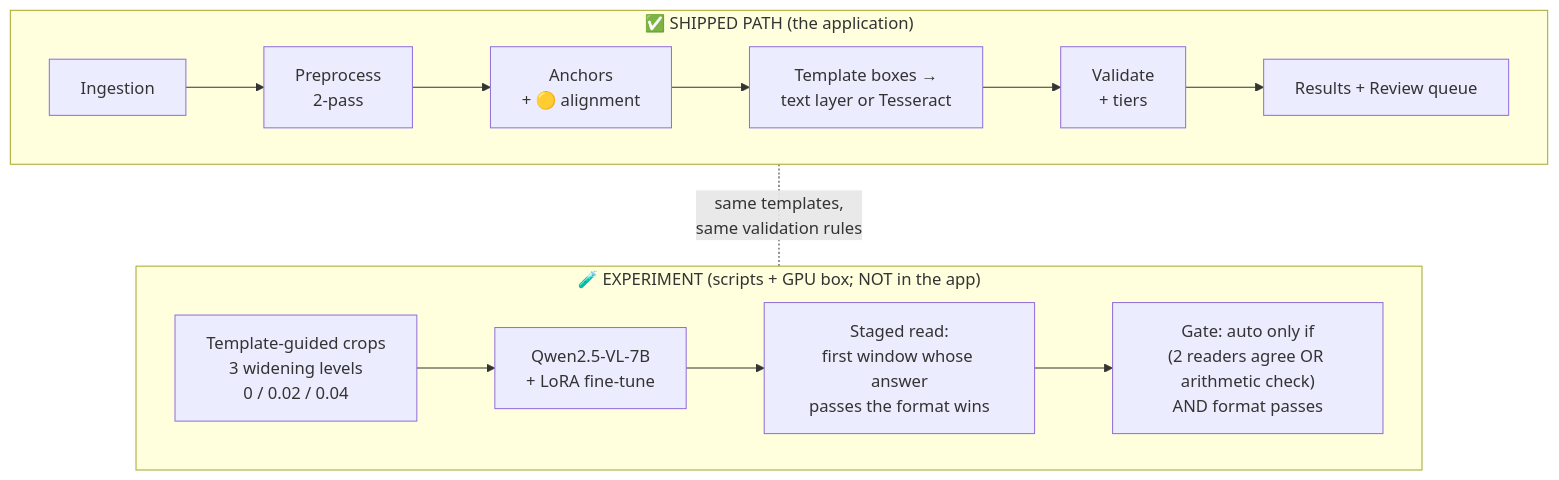
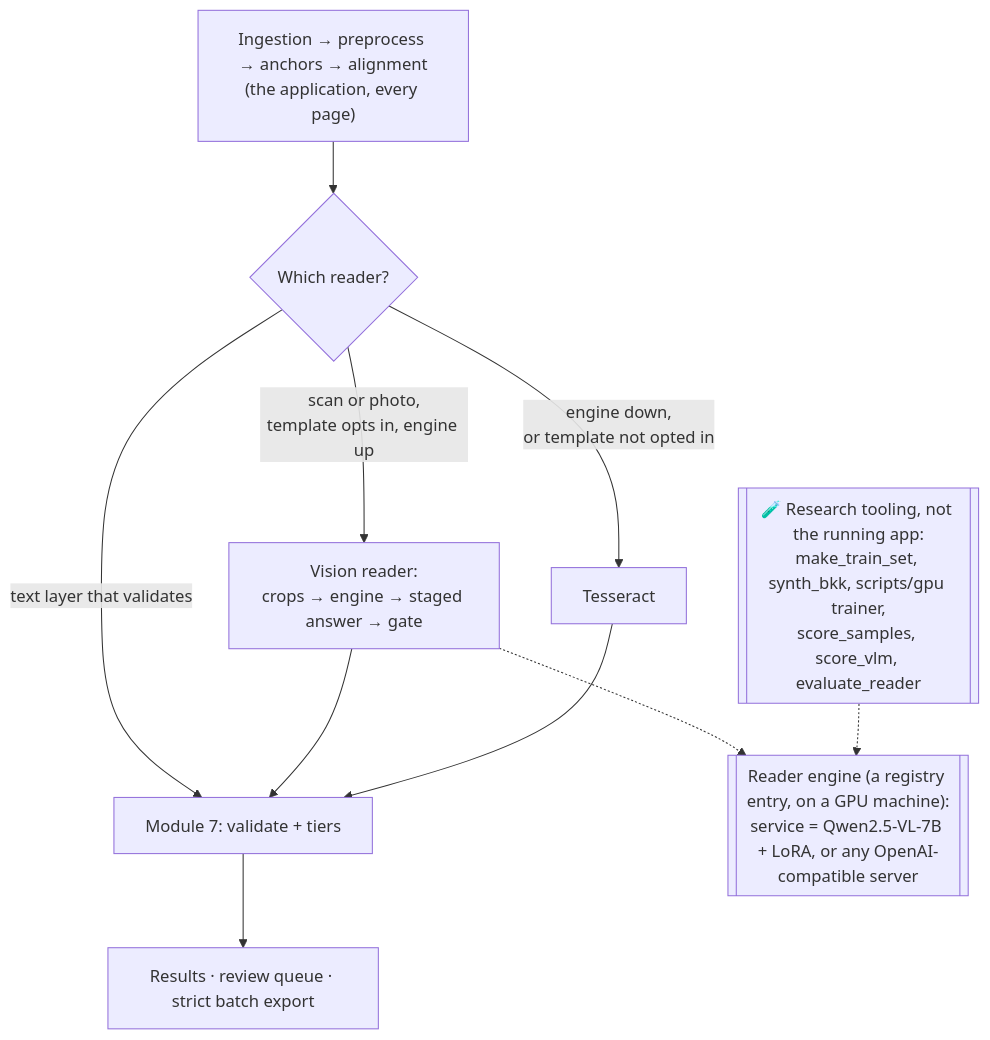
Before and after one commit to Megh-1/OCR_Reader: diagram 21 of 25 in architecture.md, drawn with Mermaid. The commit also changed other lines of this file and 3 other files, not shown here.

First line of the commit message:
Bring architecture docs up to date: vision reader, reader engines, measured results, and an HTML generator

````diff
--- a/architecture.md
+++ b/architecture.md
@@ -832,12 +1041,12 @@
 ```mermaid
 flowchart TB
-    subgraph shipped["✅ SHIPPED PATH (the application)"]
-        direction LR
-        A1["Ingestion"] --> A2["Preprocess<br/>2-pass"] --> A3["Anchors<br/>+ 🟡 alignment"] --> A4["Template boxes →<br/>text layer or Tesseract"] --> A5["Validate<br/>+ tiers"] --> A6["Results + Review queue"]
-    end
-    subgraph exp["🧪 EXPERIMENT (scripts + GPU box; NOT in the app)"]
-        direction LR
-        B1["Template-guided crops<br/>3 widening levels<br/>0 / 0.02 / 0.04"] --> B2["Qwen2.5-VL-7B<br/>+ LoRA fine-tune"] --> B3["Staged read:<br/>first window whose answer<br/>passes the format wins"] --> B4["Gate: auto only if<br/>(2 readers agree OR arithmetic check)<br/>AND format passes"]
-    end
-    shipped -. "same templates,<br/>same validation rules" .- exp
+    P1["Ingestion → preprocess → anchors → alignment<br/>(the application, every page)"] --> Q{"Which reader?"}
+    Q -- "text layer that validates" --> V7["Module 7: validate + tiers"]
+    Q -- "scan or photo,<br/>template opts in, engine up" --> VR["Vision reader:<br/>crops → engine → staged answer → gate"]
+    Q -- "engine down,<br/>or template not opted in" --> TS["Tesseract"]
+    VR --> V7
+    TS --> V7
+    V7 --> OUT["Results · review queue · strict batch export"]
+    VR -.-> ENG[["Reader engine (a registry entry, on a GPU machine):<br/>service = Qwen2.5-VL-7B + LoRA, or any OpenAI-compatible server"]]
+    RES[["🧪 Research tooling, not the running app:<br/>make_train_set, synth_bkk, scripts/gpu trainer,<br/>score_samples, score_vlm, evaluate_reader"]] -.-> ENG
 ```
````
